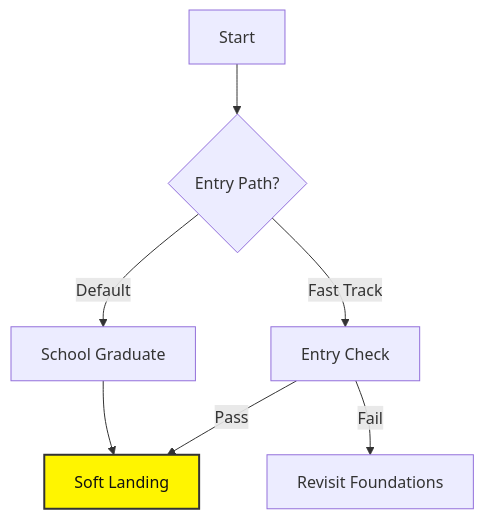
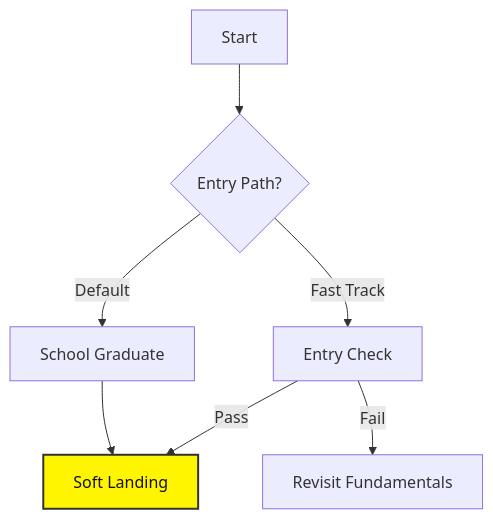
Before and after one commit to humblebeeai/int.academy-curriculum: the diagram in docs/softlanding/01-intro.mdx, drawn with Mermaid. The commit also changed other lines of this file and 7 other files, not shown here.

Commit message:
feat: Add a comprehensive curriculum outline and enhance program structure with flow diagrams and updated descriptions.

````diff
--- a/docs/softlanding/01-intro.mdx
+++ b/docs/softlanding/01-intro.mdx
@@ -24,12 +24,12 @@
 ```mermaid
 graph TD
     A[Start] --> B{Entry Path?}
     B -->|Default| C[School Graduate]
     B -->|Fast Track| D[Entry Check]
     
     C --> E[Soft Landing]
     D -->|Pass| E
-    D -->|Fail| F[Revisit Foundations]
+    D -->|Fail| F[Revisit Fundamentals]
     
     style E fill:#FFF500,color:#111,stroke:#333,stroke-width:2px
 ```
````
